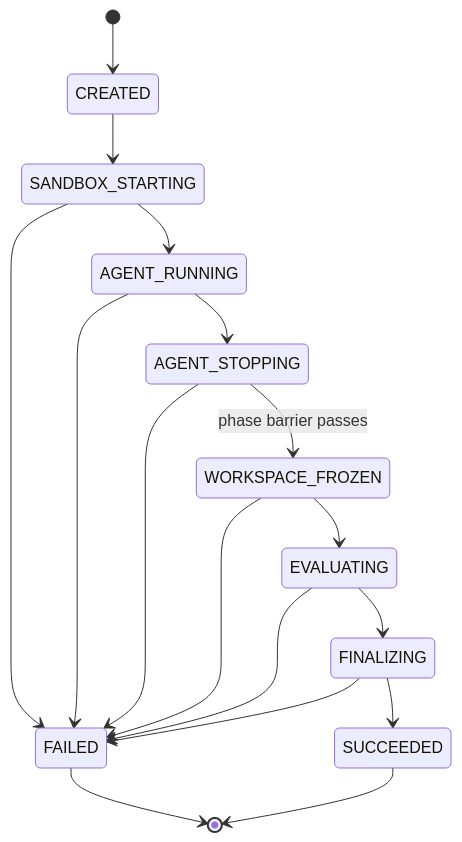
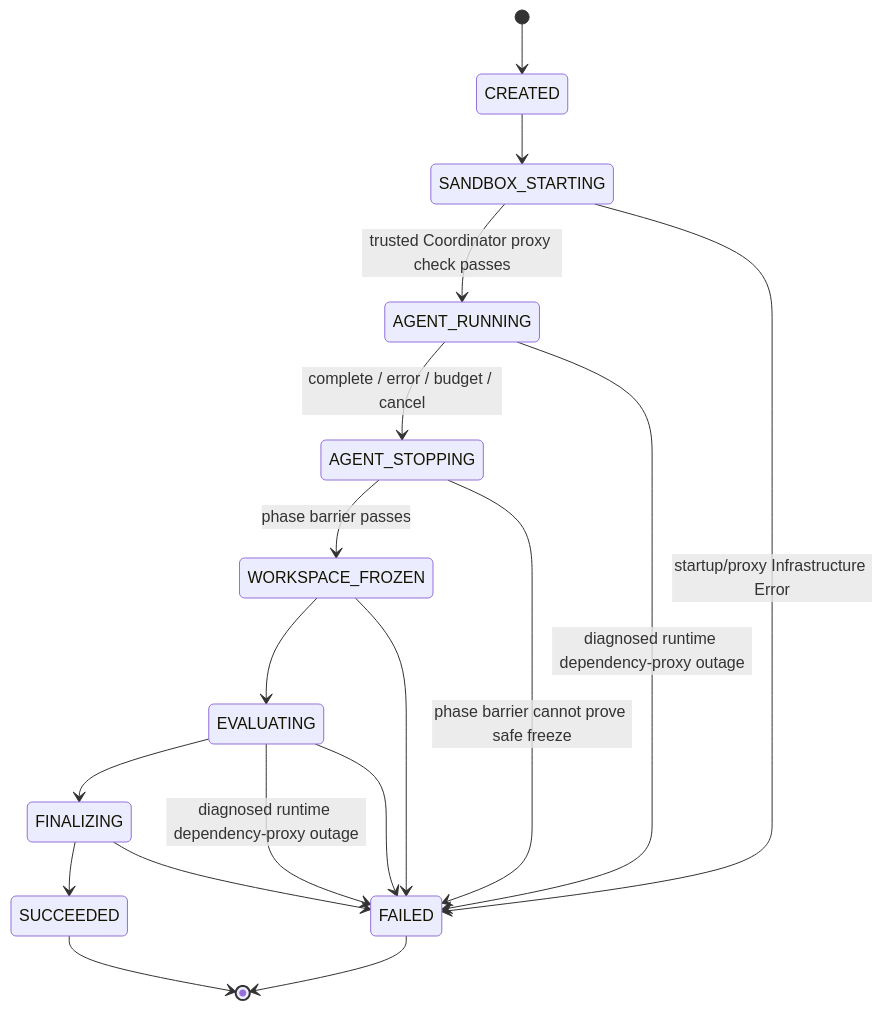
Before and after one commit to linghaoSu/fe-agent-benchmark: the third of 4 diagrams in .idea-to-ship/frontend-agent-benchmark/architecture.md, drawn with Mermaid. The commit also changed other lines of this file and 34 other files, not shown here.

````diff
--- a/.idea-to-ship/frontend-agent-benchmark/architecture.md
+++ b/.idea-to-ship/frontend-agent-benchmark/architecture.md
@@ -303,19 +365,20 @@
 ```mermaid
 stateDiagram-v2
   [*] --> CREATED
   CREATED --> SANDBOX_STARTING
-  SANDBOX_STARTING --> AGENT_RUNNING
-  AGENT_RUNNING --> AGENT_STOPPING
+  SANDBOX_STARTING --> AGENT_RUNNING: trusted Coordinator proxy check passes
+  AGENT_RUNNING --> AGENT_STOPPING: complete / error / budget / cancel
+  AGENT_RUNNING --> FAILED: diagnosed runtime dependency-proxy outage
   AGENT_STOPPING --> WORKSPACE_FROZEN: phase barrier passes
   WORKSPACE_FROZEN --> EVALUATING
   EVALUATING --> FINALIZING
+  EVALUATING --> FAILED: diagnosed runtime dependency-proxy outage
   FINALIZING --> SUCCEEDED
-  SANDBOX_STARTING --> FAILED
-  AGENT_RUNNING --> FAILED
-  AGENT_STOPPING --> FAILED
+  SANDBOX_STARTING --> FAILED: startup/proxy Infrastructure Error
+  AGENT_STOPPING --> FAILED: phase barrier cannot prove safe freeze
   WORKSPACE_FROZEN --> FAILED
   EVALUATING --> FAILED
   FINALIZING --> FAILED
   FAILED --> [*]
   SUCCEEDED --> [*]
 ```
````
